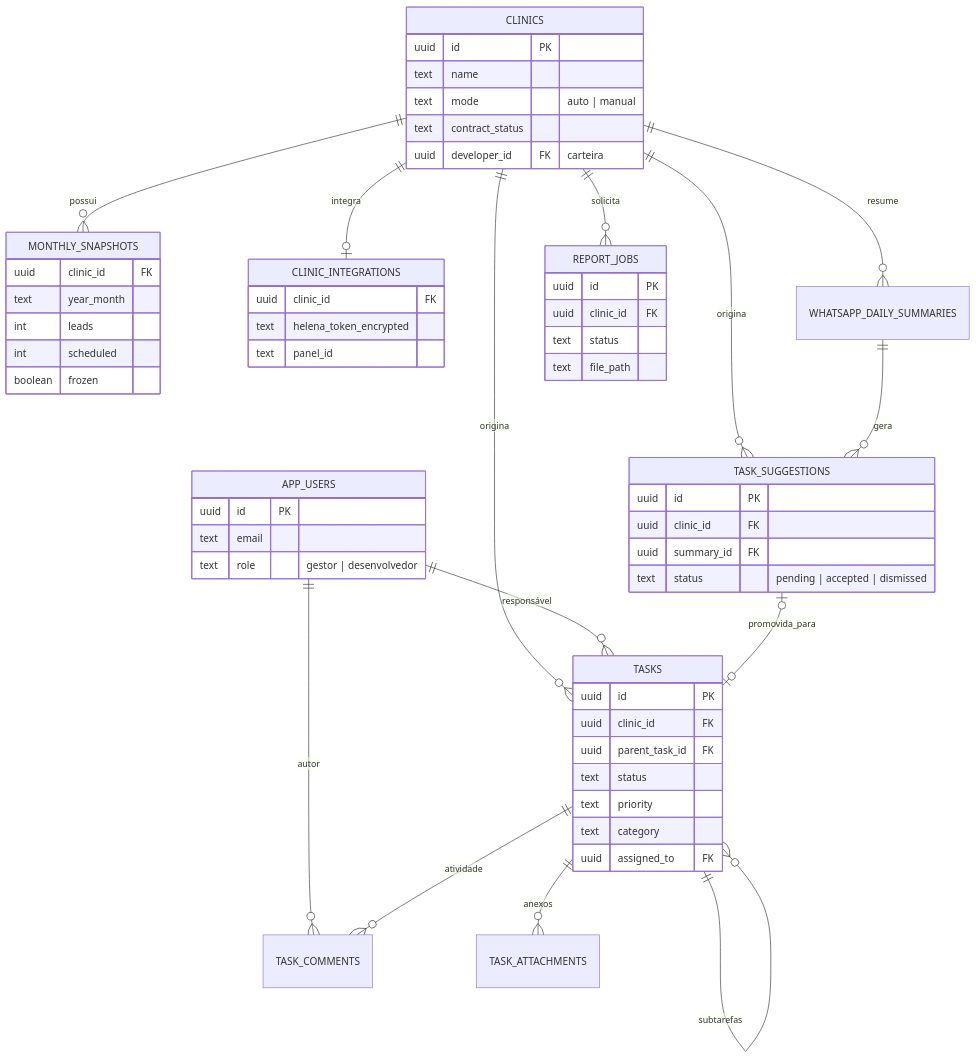
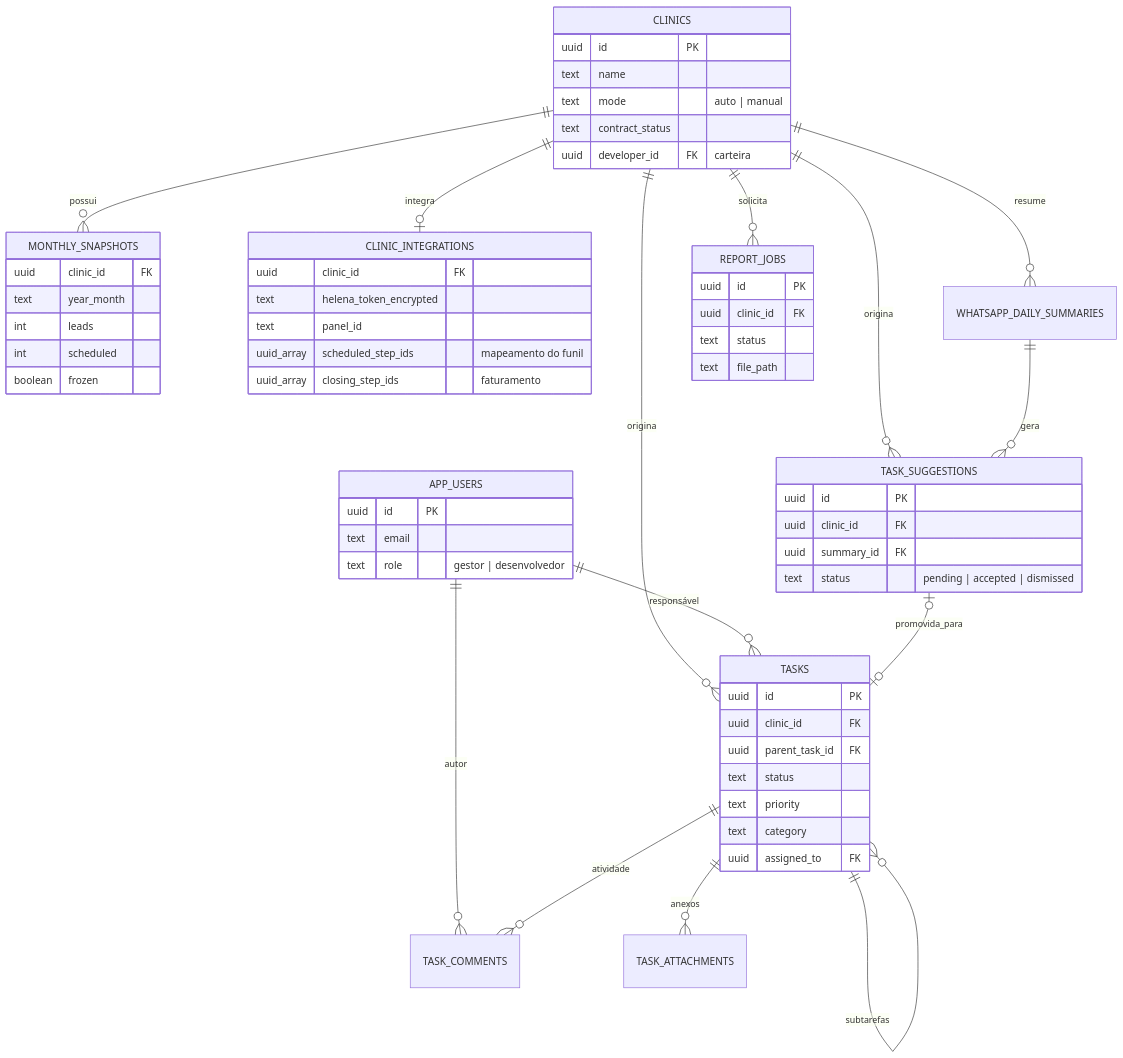
One commit to g4bs2006/Clinic-Control changed the fifth of 6 diagrams in README.md. Above: the diagram before and after it, drawn with Mermaid. The commit also changed other lines of this file, not shown here.

````diff
--- a/README.md
+++ b/README.md
@@ -176,62 +185,64 @@
 ```mermaid
 erDiagram
     CLINICS ||--o{ MONTHLY_SNAPSHOTS : possui
     CLINICS ||--o| CLINIC_INTEGRATIONS : integra
     CLINICS ||--o{ TASKS : origina
     CLINICS ||--o{ TASK_SUGGESTIONS : origina
     CLINICS ||--o{ WHATSAPP_DAILY_SUMMARIES : resume
     CLINICS ||--o{ REPORT_JOBS : solicita
     APP_USERS ||--o{ TASKS : responsável
     APP_USERS ||--o{ TASK_COMMENTS : autor
     TASKS ||--o{ TASKS : subtarefas
     TASKS ||--o{ TASK_ATTACHMENTS : anexos
     TASKS ||--o{ TASK_COMMENTS : atividade
     WHATSAPP_DAILY_SUMMARIES ||--o{ TASK_SUGGESTIONS : gera
     TASK_SUGGESTIONS |o--o| TASKS : promovida_para
 
     CLINICS {
         uuid id PK
         text name
         text mode "auto | manual"
         text contract_status
         uuid developer_id FK "carteira"
     }
     APP_USERS {
         uuid id PK
         text email
         text role "gestor | desenvolvedor"
     }
     CLINIC_INTEGRATIONS {
         uuid clinic_id FK
         text helena_token_encrypted
         text panel_id
+        uuid_array scheduled_step_ids "mapeamento do funil"
+        uuid_array closing_step_ids "faturamento"
     }
     MONTHLY_SNAPSHOTS {
         uuid clinic_id FK
         text year_month
         int leads
         int scheduled
         boolean frozen
     }
     TASKS {
         uuid id PK
         uuid clinic_id FK
         uuid parent_task_id FK
         text status
         text priority
         text category
         uuid assigned_to FK
     }
     TASK_SUGGESTIONS {
         uuid id PK
         uuid clinic_id FK
         uuid summary_id FK
         text status "pending | accepted | dismissed"
     }
     REPORT_JOBS {
         uuid id PK
         uuid clinic_id FK
         text status
         text file_path
     }
 ```
````
